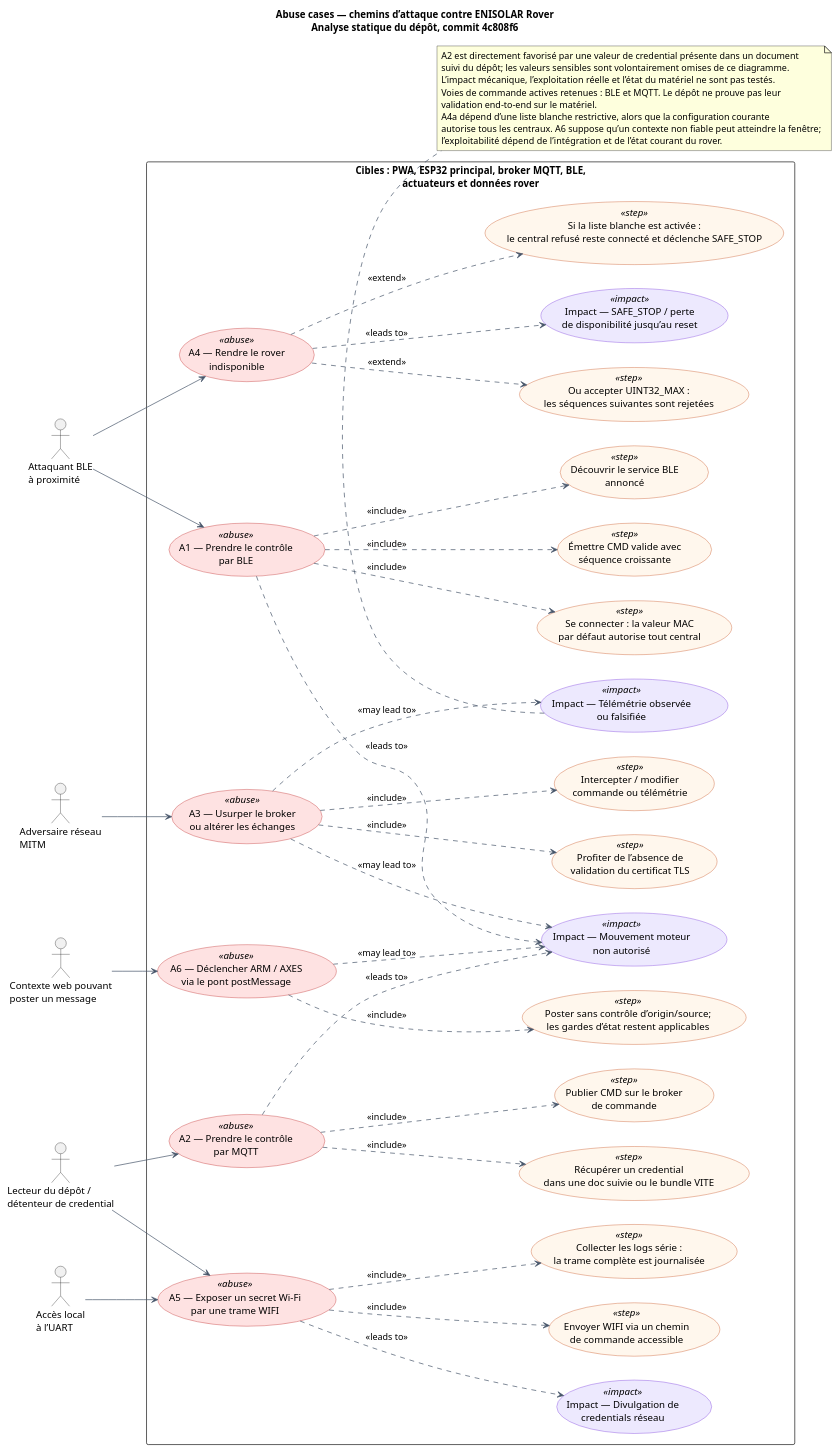
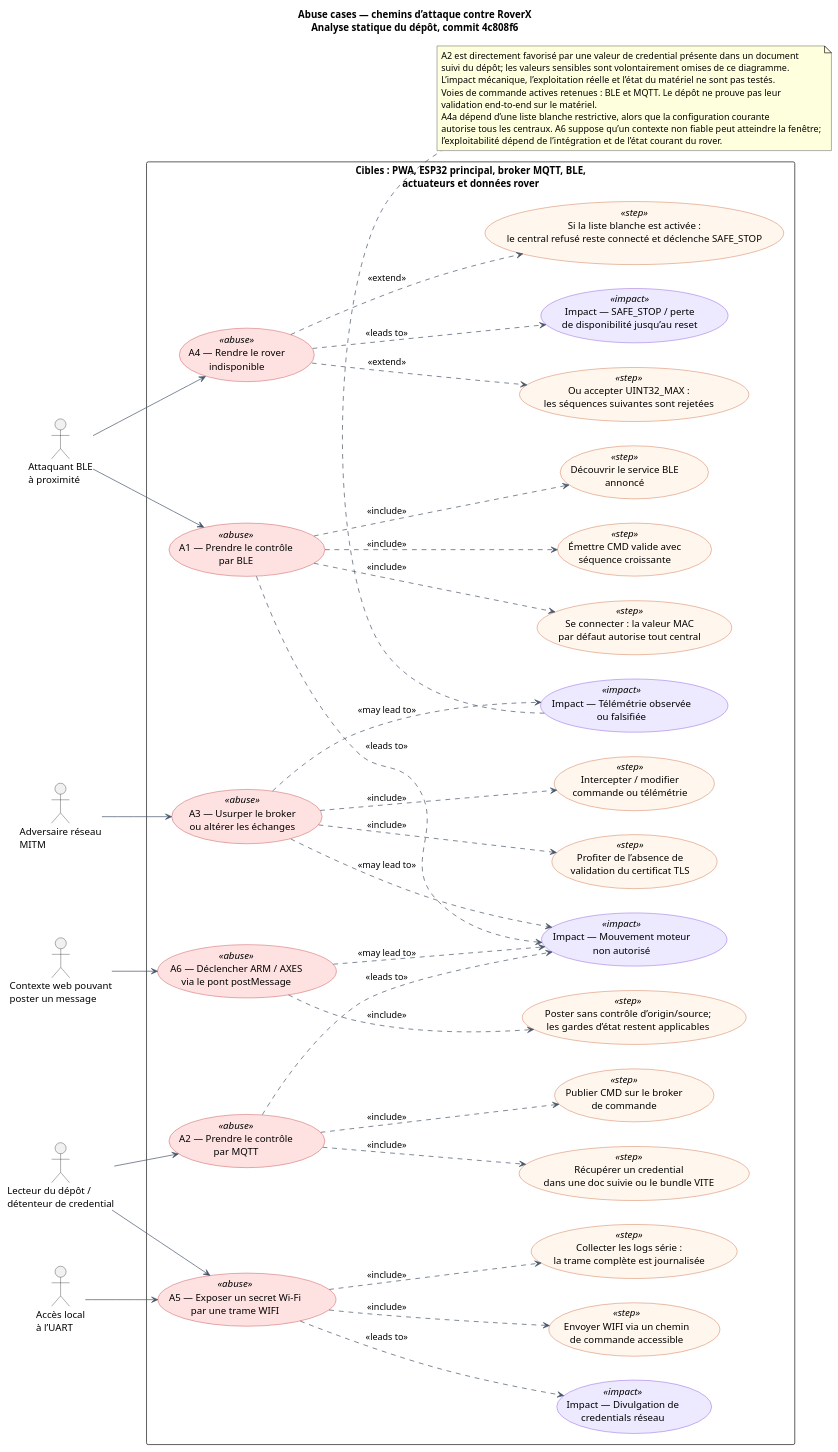
Before and after one commit to 0x53616d6568/rover-security: the diagram in docs/umlsec/rover-security-uml-livrables/abuse-cases-rover.puml, drawn with PlantUML. The commit also changed 23 other files, not shown here.

```diff
--- a/docs/umlsec/rover-security-uml-livrables/abuse-cases-rover.puml
+++ b/docs/umlsec/rover-security-uml-livrables/abuse-cases-rover.puml
@@ -1,101 +1,101 @@
 @startuml
 left to right direction
 skinparam shadowing false
 skinparam packageStyle rectangle
 skinparam actorStyle stickman
 skinparam usecase {
   BackgroundColor #F8FAFC
   BorderColor #334155
   ArrowColor #475569
 }
 skinparam usecase<<abuse>> {
   BackgroundColor #FEE2E2
   BorderColor #B91C1C
 }
 skinparam usecase<<step>> {
   BackgroundColor #FFF7ED
   BorderColor #C2410C
 }
 skinparam usecase<<impact>> {
   BackgroundColor #EDE9FE
   BorderColor #6D28D9
 }
-title Abuse cases — chemins d’attaque contre ENISOLAR Rover\nAnalyse statique du dépôt, commit 4c808f6
+title Abuse cases — chemins d’attaque contre RoverX\nAnalyse statique du dépôt, commit 4c808f6
 
 actor "Attaquant BLE\nà proximité" as BLEAttacker
 actor "Lecteur du dépôt /\ndétenteur de credential" as CredentialAttacker
 actor "Adversaire réseau\nMITM" as NetworkAttacker
 actor "Contexte web pouvant\nposter un message" as WebAttacker
 actor "Accès local\nà l’UART" as UARTAttacker
 
 rectangle "Cibles : PWA, ESP32 principal, broker MQTT, BLE,\nactuateurs et données rover" {
   usecase "A1 — Prendre le contrôle\npar BLE" as A1 <<abuse>>
   usecase "Découvrir le service BLE\nannoncé" as A1a <<step>>
   usecase "Se connecter : la valeur MAC\npar défaut autorise tout central" as A1b <<step>>
   usecase "Émettre CMD valide avec\nséquence croissante" as A1c <<step>>
 
   usecase "A2 — Prendre le contrôle\npar MQTT" as A2 <<abuse>>
   usecase "Récupérer un credential\ndans une doc suivie ou le bundle VITE" as A2a <<step>>
   usecase "Publier CMD sur le broker\nde commande" as A2b <<step>>
 
   usecase "A3 — Usurper le broker\nou altérer les échanges" as A3 <<abuse>>
   usecase "Profiter de l’absence de\nvalidation du certificat TLS" as A3a <<step>>
   usecase "Intercepter / modifier\ncommande ou télémétrie" as A3b <<step>>
 
   usecase "A4 — Rendre le rover\nindisponible" as A4 <<abuse>>
   usecase "Si la liste blanche est activée :\nle central refusé reste connecté et déclenche SAFE_STOP" as A4a <<step>>
   usecase "Ou accepter UINT32_MAX :\nles séquences suivantes sont rejetées" as A4b <<step>>
 
   usecase "A5 — Exposer un secret Wi-Fi\npar une trame WIFI" as A5 <<abuse>>
   usecase "Envoyer WIFI via un chemin\nde commande accessible" as A5a <<step>>
   usecase "Collecter les logs série :\nla trame complète est journalisée" as A5b <<step>>
 
   usecase "A6 — Déclencher ARM / AXES\nvia le pont postMessage" as A6 <<abuse>>
   usecase "Poster sans contrôle d’origin/source;\nles gardes d’état restent applicables" as A6a <<step>>
 
   usecase "Impact — Mouvement moteur\nnon autorisé" as I1 <<impact>>
   usecase "Impact — SAFE_STOP / perte\nde disponibilité jusqu’au reset" as I2 <<impact>>
   usecase "Impact — Divulgation de\ncredentials réseau" as I3 <<impact>>
   usecase "Impact — Télémétrie observée\nou falsifiée" as I4 <<impact>>
 }
 
 BLEAttacker --> A1
 CredentialAttacker --> A2
 NetworkAttacker --> A3
 BLEAttacker --> A4
 CredentialAttacker --> A5
 UARTAttacker --> A5
 WebAttacker --> A6
 
 A1 ..> A1a : <<include>>
 A1 ..> A1b : <<include>>
 A1 ..> A1c : <<include>>
 A2 ..> A2a : <<include>>
 A2 ..> A2b : <<include>>
 A3 ..> A3a : <<include>>
 A3 ..> A3b : <<include>>
 A4 ..> A4a : <<extend>>
 A4 ..> A4b : <<extend>>
 A5 ..> A5a : <<include>>
 A5 ..> A5b : <<include>>
 A6 ..> A6a : <<include>>
 
 A1 ..> I1 : <<leads to>>
 A2 ..> I1 : <<leads to>>
 A3 ..> I1 : <<may lead to>>
 A3 ..> I4 : <<may lead to>>
 A4 ..> I2 : <<leads to>>
 A5 ..> I3 : <<leads to>>
 A6 ..> I1 : <<may lead to>>
 
 note bottom
   A2 est directement favorisé par une valeur de credential présente dans un document
   suivi du dépôt; les valeurs sensibles sont volontairement omises de ce diagramme.
   L’impact mécanique, l’exploitation réelle et l’état du matériel ne sont pas testés.
   Voies de commande actives retenues : BLE et MQTT. Le dépôt ne prouve pas leur
   validation end-to-end sur le matériel.
   A4a dépend d’une liste blanche restrictive, alors que la configuration courante
   autorise tous les centraux. A6 suppose qu’un contexte non fiable peut atteindre la fenêtre;
   l’exploitabilité dépend de l’intégration et de l’état courant du rover.
 end note
 @enduml
```
